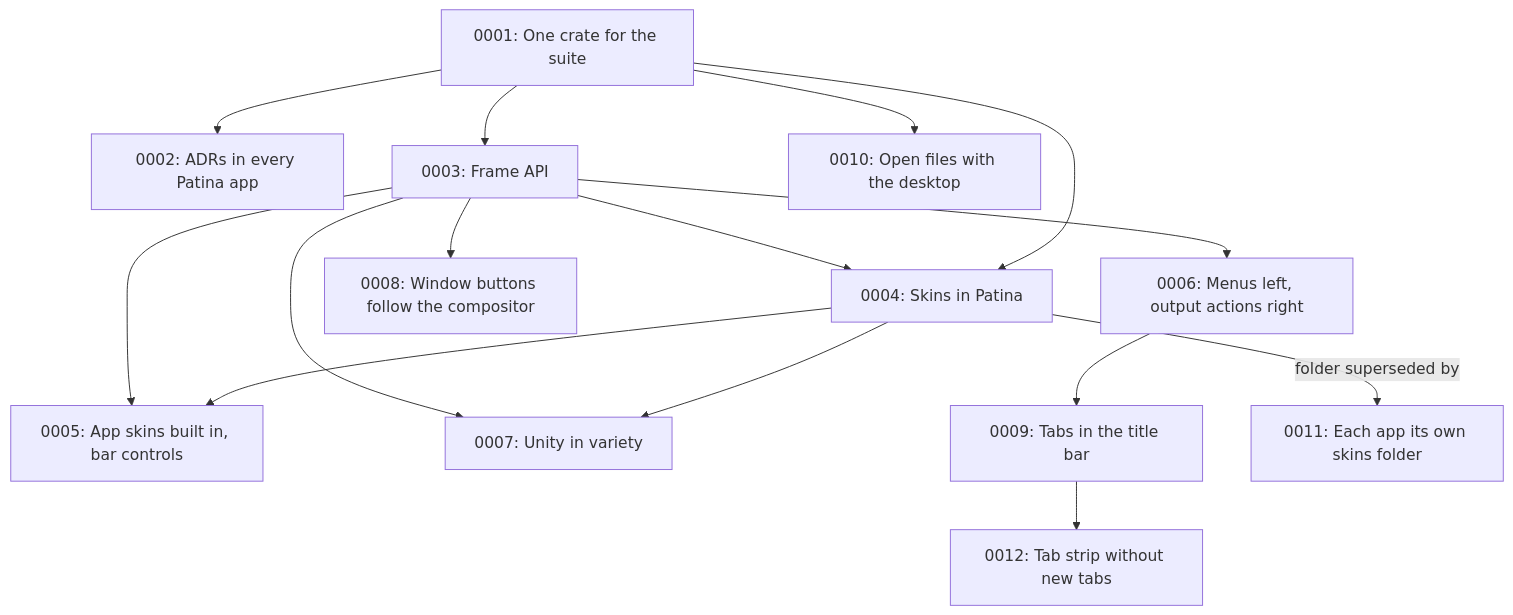
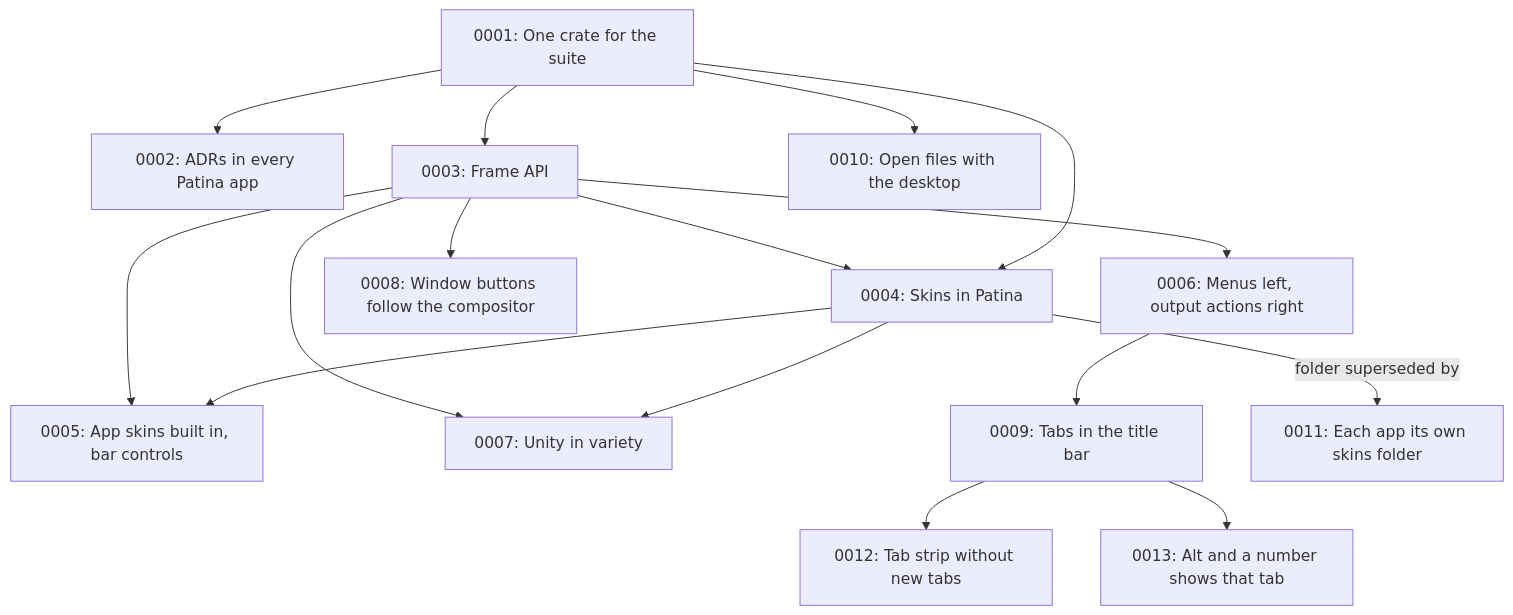
The diagram in docs/adr/README.md (Sector-F-Labs/patina), drawn with Mermaid before and after one commit. The commit also changed other lines of this file and 3 other files, not shown here.

````diff
--- a/docs/adr/README.md
+++ b/docs/adr/README.md
@@ -60,17 +61,18 @@
 ```mermaid
 flowchart TD
     A[0001: One crate for the suite] --> B[0002: ADRs in every Patina app]
     A --> C[0003: Frame API]
     A --> D[0004: Skins in Patina]
     C --> D
     D --> E[0005: App skins built in, bar controls]
     C --> F[0006: Menus left, output actions right]
     C --> E
     D --> G[0007: Unity in variety]
     C --> G
     C --> H[0008: Window buttons follow the compositor]
     F --> I[0009: Tabs in the title bar]
     A --> J[0010: Open files with the desktop]
     D -->|folder superseded by| K[0011: Each app its own skins folder]
     I --> L[0012: Tab strip without new tabs]
+    I --> M[0013: Alt and a number shows that tab]
 ```
````
